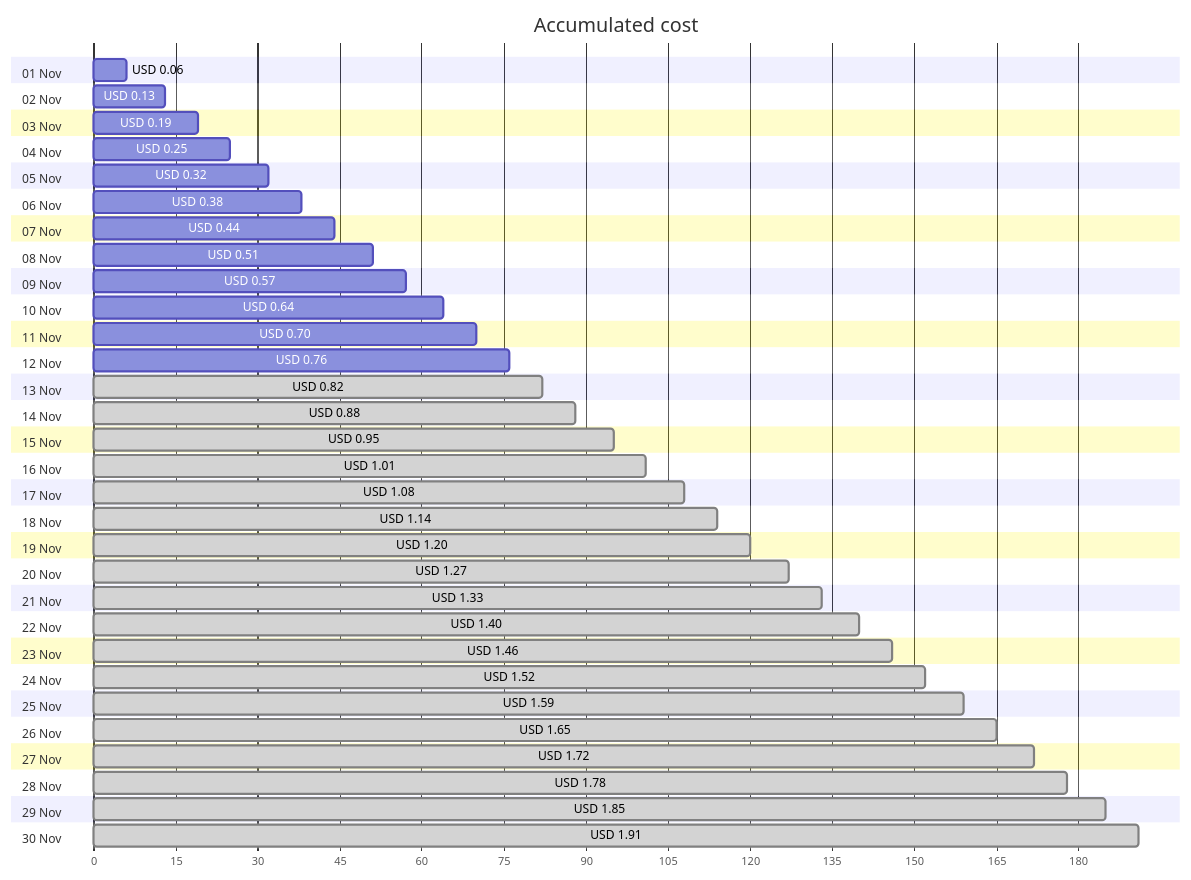
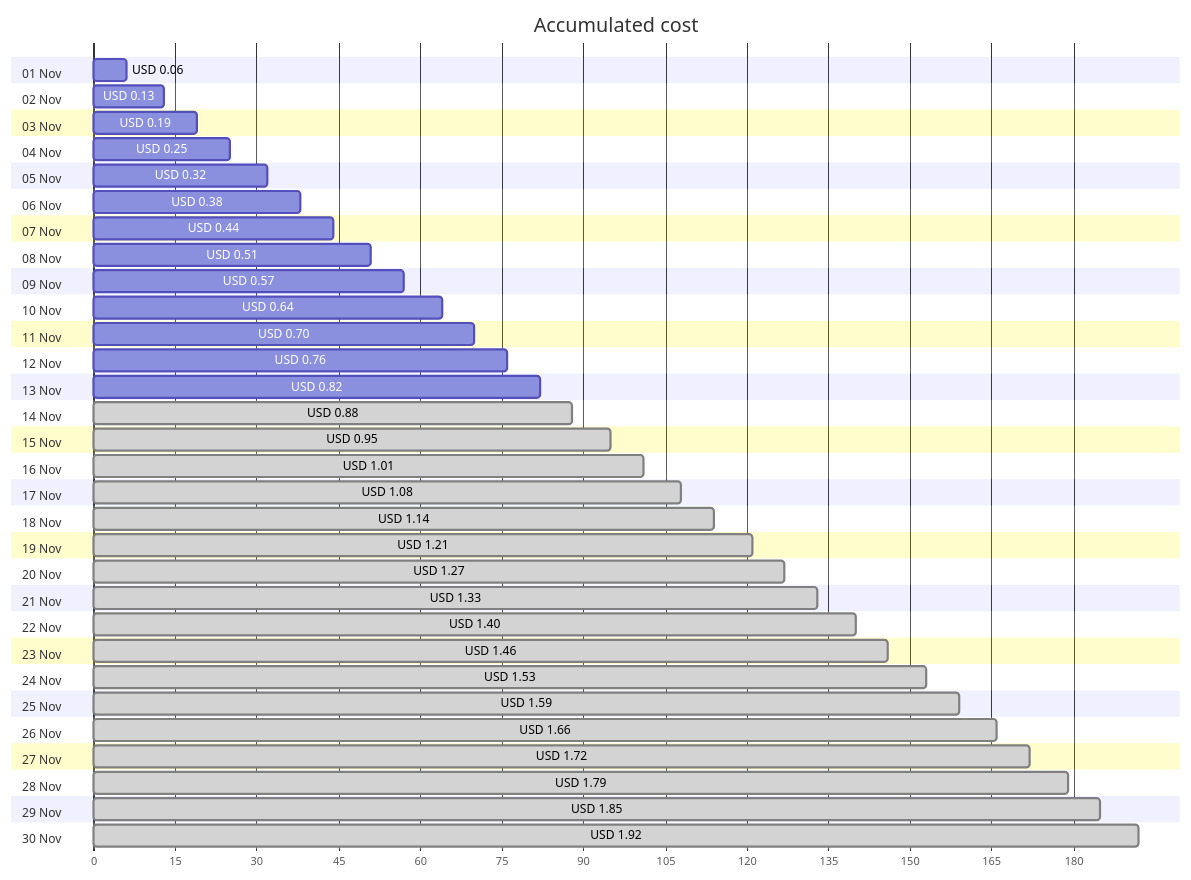
The first of 4 diagrams in cost-reports/personal-network/vpn-server_OsDisk.md (jpfulton/azure-personal-reports), drawn with Mermaid before and after one commit. The commit also changed other lines of this file and 8 other files, not shown here.

````diff
--- a/cost-reports/personal-network/vpn-server_OsDisk.md
+++ b/cost-reports/personal-network/vpn-server_OsDisk.md
@@ -20,66 +20,66 @@
 ```mermaid
 gantt
    title Accumulated cost
    dateFormat  X
    axisFormat %s
    section 01 Nov
    USD 0.06 :0, 6
    section 02 Nov
    USD 0.13 :0, 13
    section 03 Nov
    USD 0.19 :0, 19
    section 04 Nov
    USD 0.25 :0, 25
    section 05 Nov
    USD 0.32 :0, 32
    section 06 Nov
    USD 0.38 :0, 38
    section 07 Nov
    USD 0.44 :0, 44
    section 08 Nov
    USD 0.51 :0, 51
    section 09 Nov
    USD 0.57 :0, 57
    section 10 Nov
    USD 0.64 :0, 64
    section 11 Nov
    USD 0.70 :0, 70
    section 12 Nov
    USD 0.76 :0, 76
    section 13 Nov
-   USD 0.82 : done, 0, 82
+   USD 0.82 :0, 82
    section 14 Nov
    USD 0.88 : done, 0, 88
    section 15 Nov
    USD 0.95 : done, 0, 95
    section 16 Nov
    USD 1.01 : done, 0, 101
    section 17 Nov
    USD 1.08 : done, 0, 108
    section 18 Nov
    USD 1.14 : done, 0, 114
    section 19 Nov
-   USD 1.20 : done, 0, 120
+   USD 1.21 : done, 0, 121
    section 20 Nov
    USD 1.27 : done, 0, 127
    section 21 Nov
    USD 1.33 : done, 0, 133
    section 22 Nov
    USD 1.40 : done, 0, 140
    section 23 Nov
    USD 1.46 : done, 0, 146
    section 24 Nov
-   USD 1.52 : done, 0, 152
+   USD 1.53 : done, 0, 153
    section 25 Nov
    USD 1.59 : done, 0, 159
    section 26 Nov
-   USD 1.65 : done, 0, 165
+   USD 1.66 : done, 0, 166
    section 27 Nov
    USD 1.72 : done, 0, 172
    section 28 Nov
-   USD 1.78 : done, 0, 178
+   USD 1.79 : done, 0, 179
    section 29 Nov
    USD 1.85 : done, 0, 185
    section 30 Nov
-   USD 1.91 : done, 0, 191
+   USD 1.92 : done, 0, 192
 ```
````
